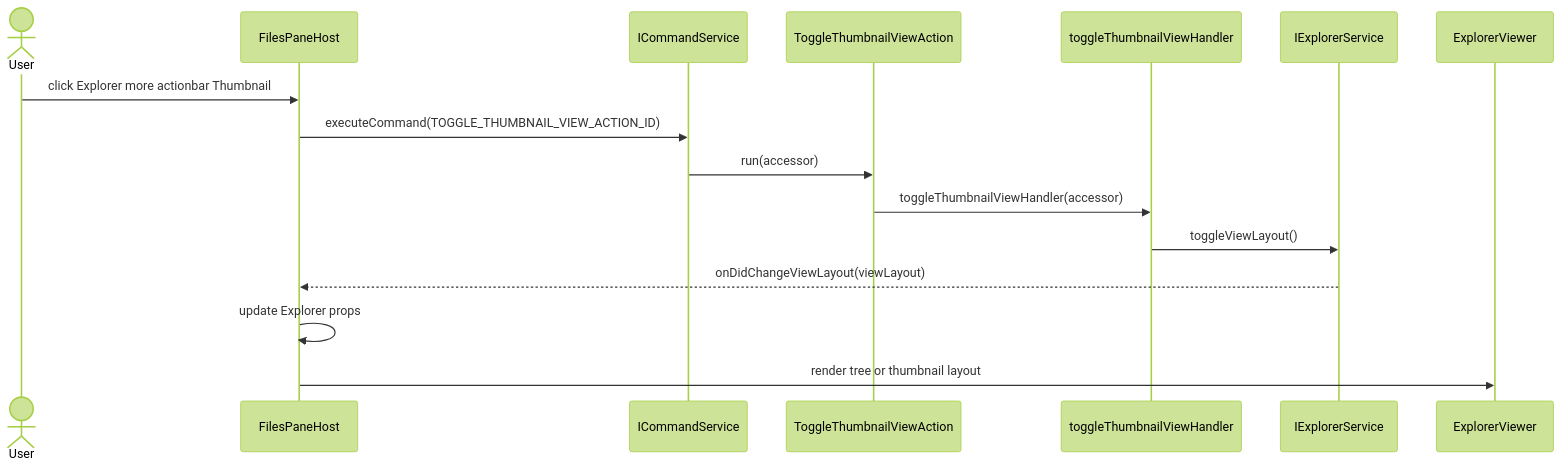
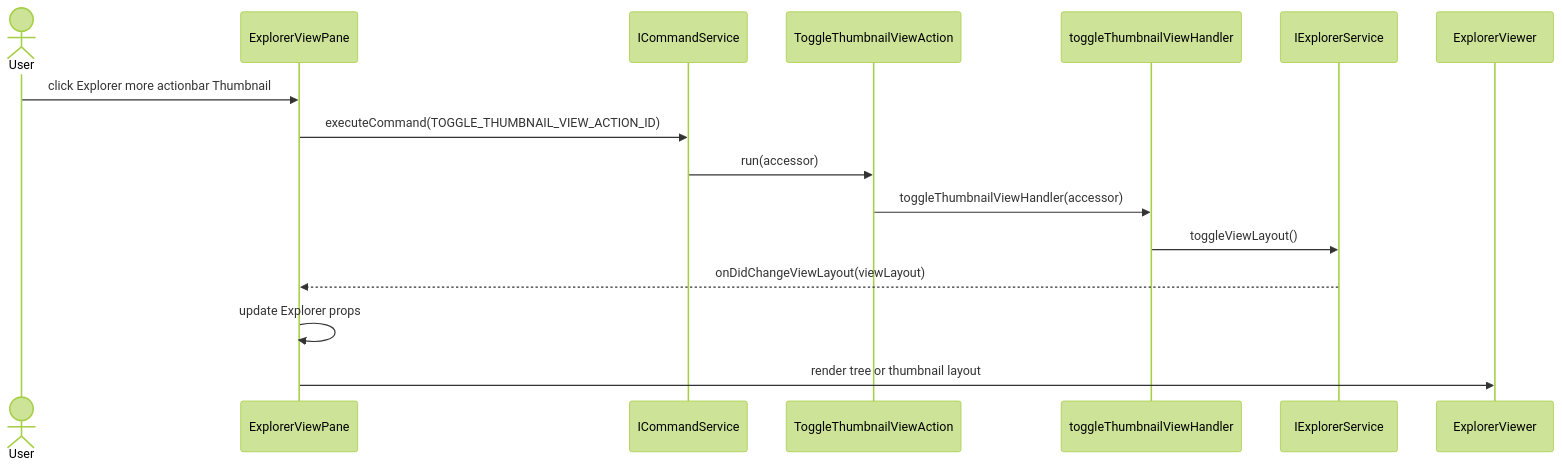
The second of 6 diagrams in .github/instructions/thumbnail.instructions.md (chogng/conductor), drawn with Mermaid (forest theme) before and after one commit. The commit also changed other lines of this file and 44 other files, not shown here.

Commit message:
fix: align files explorer architecture

````diff
--- a/.github/instructions/thumbnail.instructions.md
+++ b/.github/instructions/thumbnail.instructions.md
@@ -98,18 +98,18 @@
 ```mermaid
 sequenceDiagram
     actor User
-    participant FilesPaneHost
+    participant ExplorerViewPane
     participant CommandService as ICommandService
     participant ThumbnailAction as ToggleThumbnailViewAction
     participant ThumbnailCommand as toggleThumbnailViewHandler
     participant ExplorerService as IExplorerService
 
-    User->>FilesPaneHost: click Explorer more actionbar Thumbnail
-    FilesPaneHost->>CommandService: executeCommand(TOGGLE_THUMBNAIL_VIEW_ACTION_ID)
+    User->>ExplorerViewPane: click Explorer more actionbar Thumbnail
+    ExplorerViewPane->>CommandService: executeCommand(TOGGLE_THUMBNAIL_VIEW_ACTION_ID)
     CommandService->>ThumbnailAction: run(accessor)
     ThumbnailAction->>ThumbnailCommand: toggleThumbnailViewHandler(accessor)
     ThumbnailCommand->>ExplorerService: toggleViewLayout()
-    ExplorerService-->>FilesPaneHost: onDidChangeViewLayout(viewLayout)
-    FilesPaneHost->>FilesPaneHost: update Explorer props
-    FilesPaneHost->>ExplorerViewer: render tree or thumbnail layout
+    ExplorerService-->>ExplorerViewPane: onDidChangeViewLayout(viewLayout)
+    ExplorerViewPane->>ExplorerViewPane: update Explorer props
+    ExplorerViewPane->>ExplorerViewer: render tree or thumbnail layout
 ```
````
